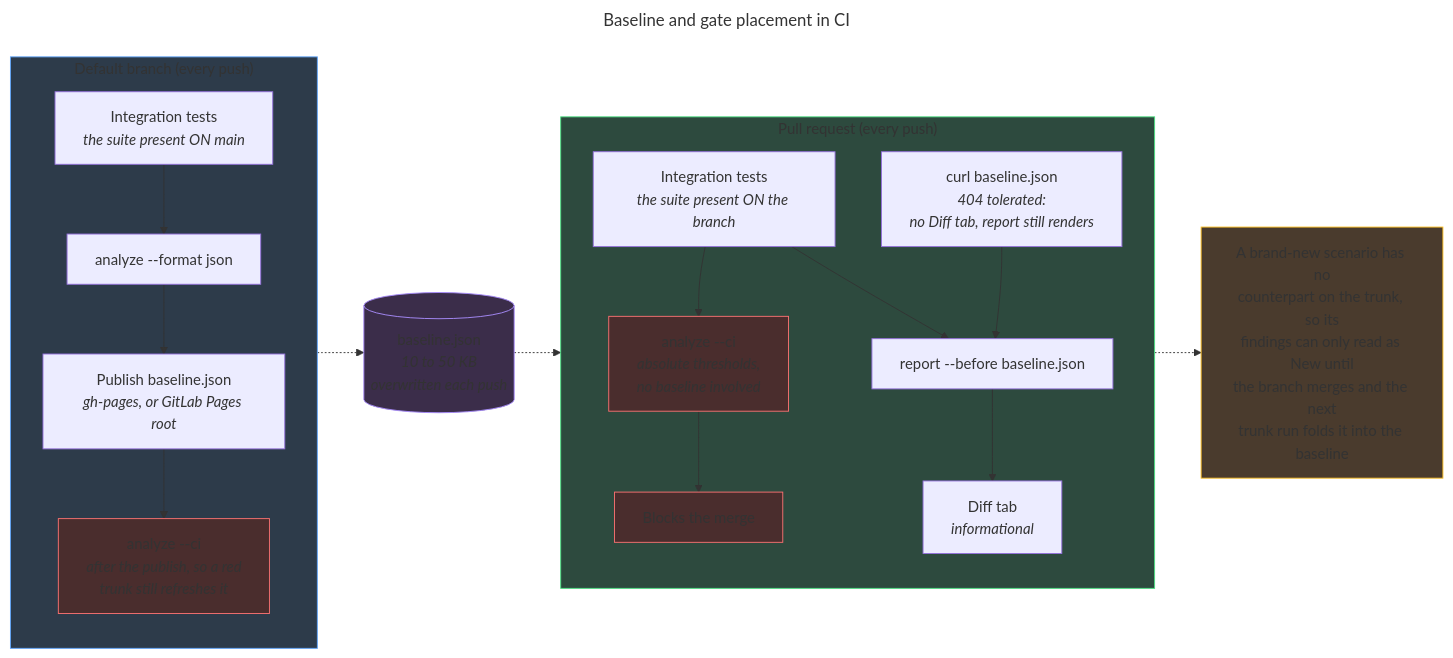
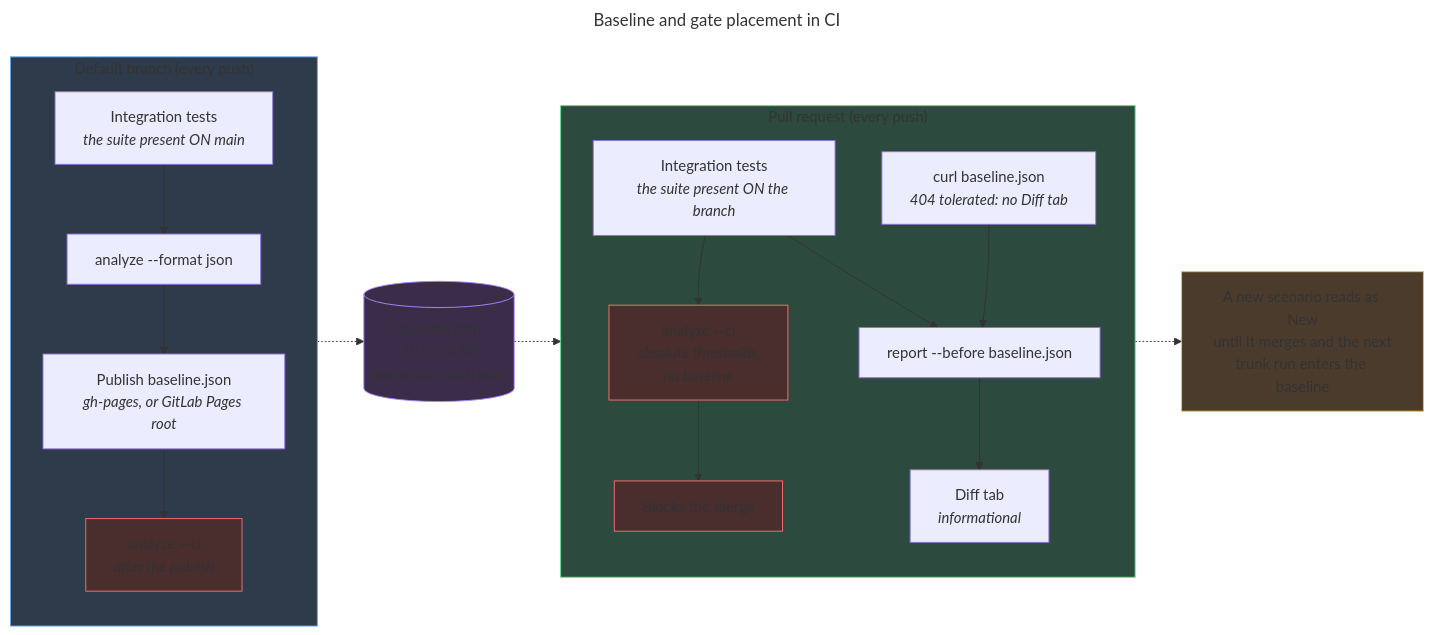
The diagram in docs/diagrams/mmd/baseline-flow.mmd (robintra/perf-sentinel), drawn with Mermaid before and after one commit. The commit also changed 3 other files, not shown here.

Commit message:
docs(diagrams): shorten the note nodes of the two CI diagrams

```diff
--- a/docs/diagrams/mmd/baseline-flow.mmd
+++ b/docs/diagrams/mmd/baseline-flow.mmd
@@ -1,41 +1,41 @@
 ---
 title: Baseline and gate placement in CI
 ---
 flowchart LR
     subgraph trunk["Default branch (every push)"]
         direction TB
         it_main["Integration tests<br/><i>the suite present ON main</i>"]
         an_main["analyze --format json"]
         pub["Publish baseline.json<br/><i>gh-pages, or GitLab Pages root</i>"]
-        gate_main["analyze --ci<br/><i>after the publish, so a red<br/>trunk still refreshes it</i>"]
+        gate_main["analyze --ci<br/><i>after the publish</i>"]
         it_main --> an_main --> pub --> gate_main
     end
 
     store[("baseline.json<br/><i>10 to 50 KB<br/>overwritten each push</i>")]
 
     subgraph pr["Pull request (every push)"]
         direction TB
         it_pr["Integration tests<br/><i>the suite present ON the branch</i>"]
-        fetch["curl baseline.json<br/><i>404 tolerated:<br/>no Diff tab, report still renders</i>"]
+        fetch["curl baseline.json<br/><i>404 tolerated: no Diff tab</i>"]
         rep["report --before baseline.json"]
         diff_tab["Diff tab<br/><i>informational</i>"]
-        gate_pr["analyze --ci<br/><i>absolute thresholds,<br/>no baseline involved</i>"]
+        gate_pr["analyze --ci<br/><i>absolute thresholds,<br/>no baseline</i>"]
         block["Blocks the merge"]
         it_pr --> rep
         it_pr --> gate_pr --> block
         fetch --> rep --> diff_tab
     end
 
     pub -.-> store
     store -.-> fetch
 
-    note["A brand-new scenario has no<br/>counterpart on the trunk, so its<br/>findings can only read as New until<br/>the branch merges and the next<br/>trunk run folds it into the baseline"]
+    note["A new scenario reads as New<br/>until it merges and the next<br/>trunk run enters the baseline"]
     it_pr -.-> note
 
     style trunk fill:#2d3b4a,stroke:#60a5fa
     style pr fill:#2d4a3e,stroke:#4ade80
     style store fill:#3b2d4a,stroke:#a78bfa
     style gate_main fill:#4a2d2d,stroke:#f87171
     style gate_pr fill:#4a2d2d,stroke:#f87171
     style block fill:#4a2d2d,stroke:#f87171
     style note fill:#4a3b2d,stroke:#fbbf24
```
